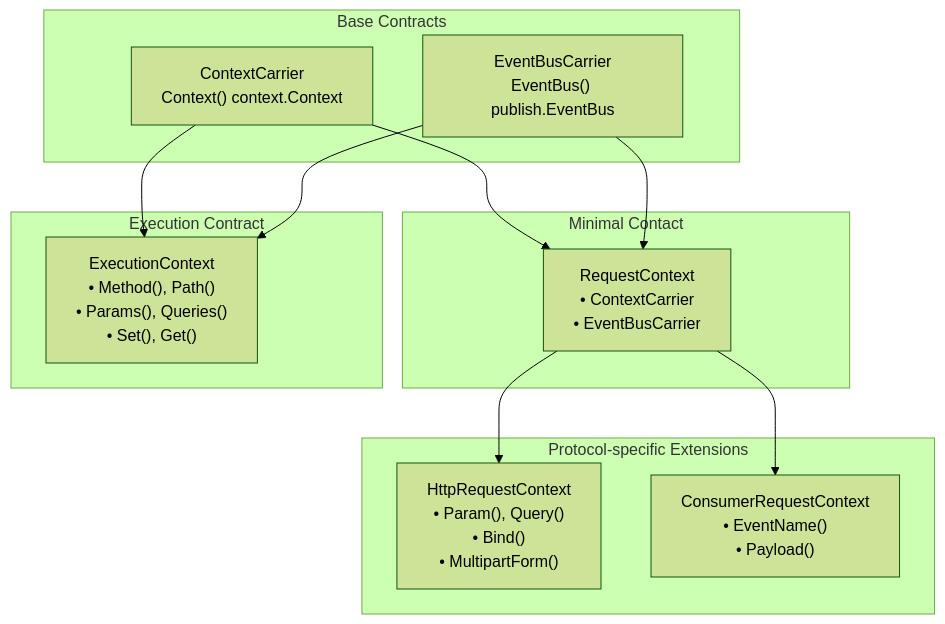
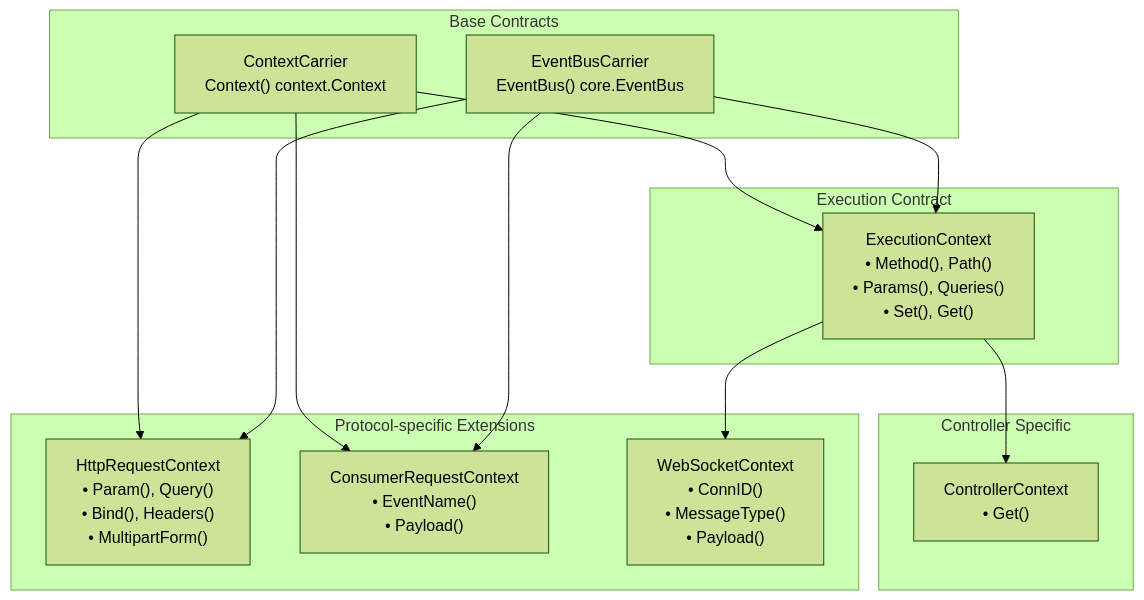
Before and after one commit to NARUBROWN/spine-site: the second of 2 diagrams in docs/en/learn/core-concepts/execution-context.md, drawn with Mermaid (forest theme). The commit also changed other lines of this file and 22 other files, not shown here.

Commit message:
docs: Document WebSocket support, `WebSocketContext`, and `ControllerContext`, and update `ExecutionContext` methods and protocol differences.

````diff
--- a/docs/en/learn/core-concepts/execution-context.md
+++ b/docs/en/learn/core-concepts/execution-context.md
@@ -37,27 +37,30 @@
 ```mermaid
 graph TB
     subgraph "Base Contracts"
         ContextCarrier["ContextCarrier<br>Context() context.Context"]
-        EventBusCarrier["EventBusCarrier<br>EventBus() publish.EventBus"]
-    end
-    
-    subgraph "Minimal Contact"
-        RequestContext["RequestContext<br>• ContextCarrier<br>• EventBusCarrier"]
+        EventBusCarrier["EventBusCarrier<br>EventBus() core.EventBus"]
     end
     
     subgraph "Execution Contract"
         ExecutionContext["ExecutionContext<br>• Method(), Path()<br>• Params(), Queries()<br>• Set(), Get()"]
     end
     
-    subgraph "Protocol-specific Extensions"
-        HttpRequestContext["HttpRequestContext<br>• Param(), Query()<br>• Bind()<br>• MultipartForm()"]
-        ConsumerRequestContext["ConsumerRequestContext<br>• EventName()<br>• Payload()"]
+    subgraph "Controller Specific"
+        ControllerContext["ControllerContext<br>• Get()"]
     end
     
-    ContextCarrier --> RequestContext
-    EventBusCarrier --> RequestContext
-    RequestContext --> HttpRequestContext
-    RequestContext --> ConsumerRequestContext
+    subgraph "Protocol-specific Extensions"
+        HttpRequestContext["HttpRequestContext<br>• Param(), Query()<br>• Bind(), Headers()<br>• MultipartForm()"]
+        ConsumerRequestContext["ConsumerRequestContext<br>• EventName()<br>• Payload()"]
+        WebSocketContext["WebSocketContext<br>• ConnID()<br>• MessageType()<br>• Payload()"]
+    end
+    
     ContextCarrier --> ExecutionContext
     EventBusCarrier --> ExecutionContext
+    ExecutionContext --> ControllerContext
+    ContextCarrier --> HttpRequestContext
+    EventBusCarrier --> HttpRequestContext
+    ExecutionContext --> WebSocketContext
+    ContextCarrier --> ConsumerRequestContext
+    EventBusCarrier --> ConsumerRequestContext
 ```
````
